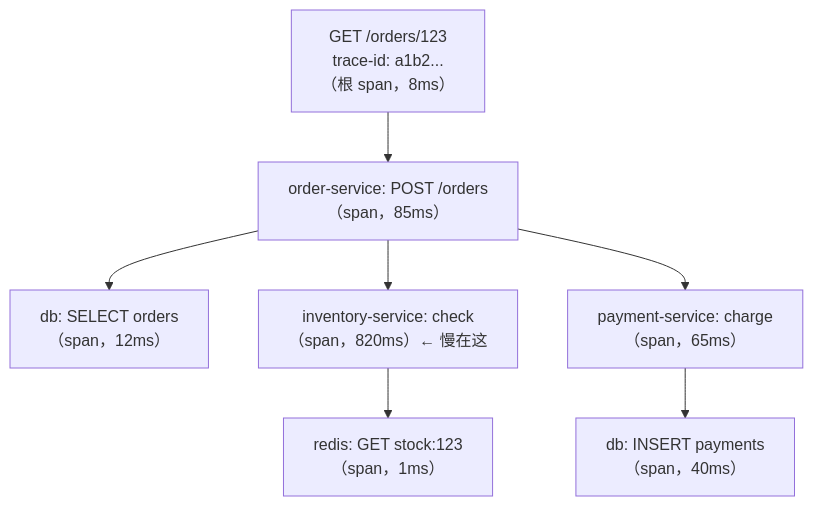
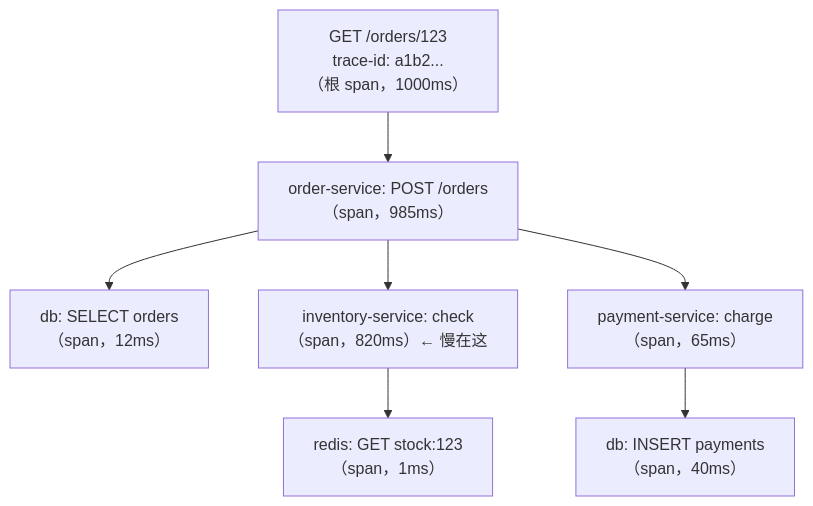
The diagram in content/posts/distributed-tracing-otel.md (MoreConsequence/MoreConsequence.github.io), drawn with Mermaid before and after one commit. The commit also changed other lines of this file and 263 other files, not shown here.

````diff
--- a/content/posts/distributed-tracing-otel.md
+++ b/content/posts/distributed-tracing-otel.md
@@ -32,9 +32,9 @@
 ```mermaid
 flowchart TD
-    R["GET /orders/123<br/>trace-id: a1b2...<br/>（根 span，8ms）"] --> O["order-service: POST /orders<br/>（span，85ms）"]
+    R["GET /orders/123<br/>trace-id: a1b2...<br/>（根 span，1000ms）"] --> O["order-service: POST /orders<br/>（span，985ms）"]
     O --> Q["db: SELECT orders<br/>（span，12ms）"]
     O --> I["inventory-service: check<br/>（span，820ms）← 慢在这"]
     I --> R2["redis: GET stock:123<br/>（span，1ms）"]
     O --> P["payment-service: charge<br/>（span，65ms）"]
     P --> D["db: INSERT payments<br/>（span，40ms）"]
 ```
````
